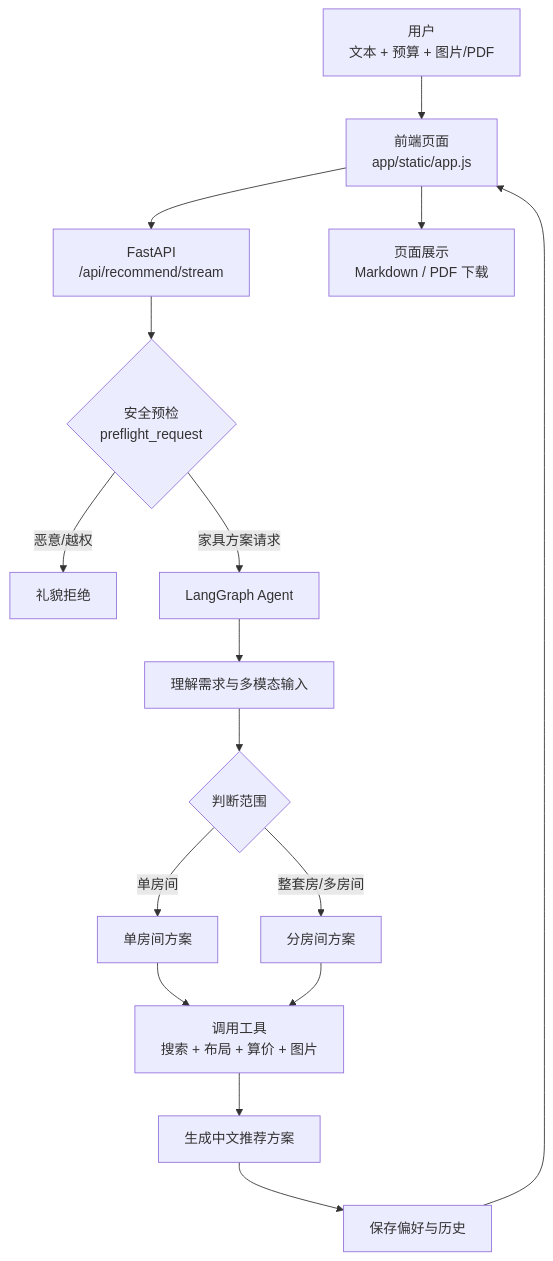
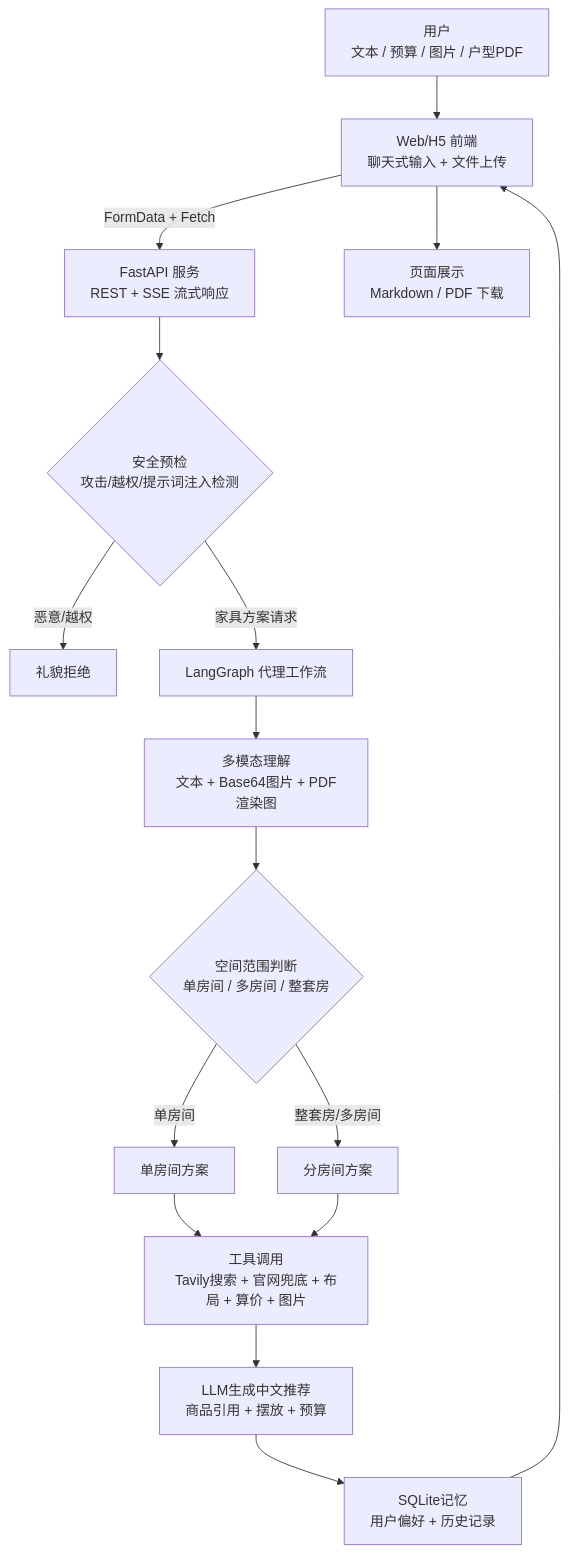
The first of 5 diagrams in docs/agent_workflow_analysis.md (canvas0607/hpu-dsci5800-final), drawn with Mermaid before and after one commit. The commit also changed other lines of this file, not shown here.

````diff
--- a/docs/agent_workflow_analysis.md
+++ b/docs/agent_workflow_analysis.md
@@ -11,18 +11,18 @@
 ```mermaid
 flowchart TD
-    U["用户<br/>文本 + 预算 + 图片/PDF"] --> FE["前端页面<br/>app/static/app.js"]
-    FE --> API["FastAPI<br/>/api/recommend/stream"]
-    API --> Guard{"安全预检<br/>preflight_request"}
+    U["用户<br/>文本 / 预算 / 图片 / 户型PDF"] --> FE["Web/H5 前端<br/>聊天式输入 + 文件上传"]
+    FE -->|"FormData + Fetch"| API["FastAPI 服务<br/>REST + SSE 流式响应"]
+    API --> Guard{"安全预检<br/>攻击/越权/提示词注入检测"}
     Guard -->|恶意/越权| Refuse["礼貌拒绝"]
-    Guard -->|家具方案请求| Graph["LangGraph Agent"]
-    Graph --> Understand["理解需求与多模态输入"]
-    Understand --> Scope{"判断范围"}
+    Guard -->|家具方案请求| Graph["LangGraph 代理工作流"]
+    Graph --> Understand["多模态理解<br/>文本 + Base64图片 + PDF渲染图"]
+    Understand --> Scope{"空间范围判断<br/>单房间 / 多房间 / 整套房"}
     Scope -->|单房间| Single["单房间方案"]
     Scope -->|整套房/多房间| Multi["分房间方案"]
-    Single --> Tools["调用工具<br/>搜索 + 布局 + 算价 + 图片"]
+    Single --> Tools["工具调用<br/>Tavily搜索 + 官网兜底 + 布局 + 算价 + 图片"]
     Multi --> Tools
-    Tools --> Answer["生成中文推荐方案"]
-    Answer --> Memory["保存偏好与历史"]
+    Tools --> Answer["LLM生成中文推荐<br/>商品引用 + 摆放 + 预算"]
+    Answer --> Memory["SQLite记忆<br/>用户偏好 + 历史记录"]
     Memory --> FE
     FE --> Export["页面展示<br/>Markdown / PDF 下载"]
 ```
````
